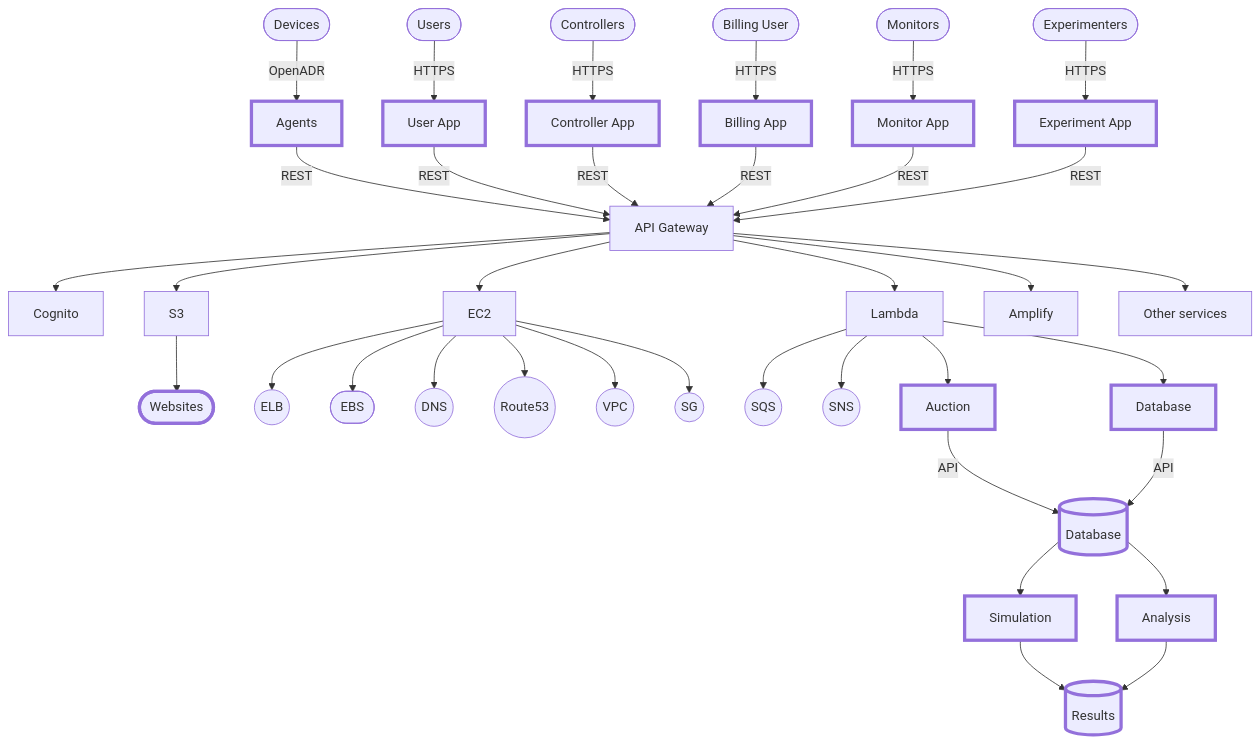
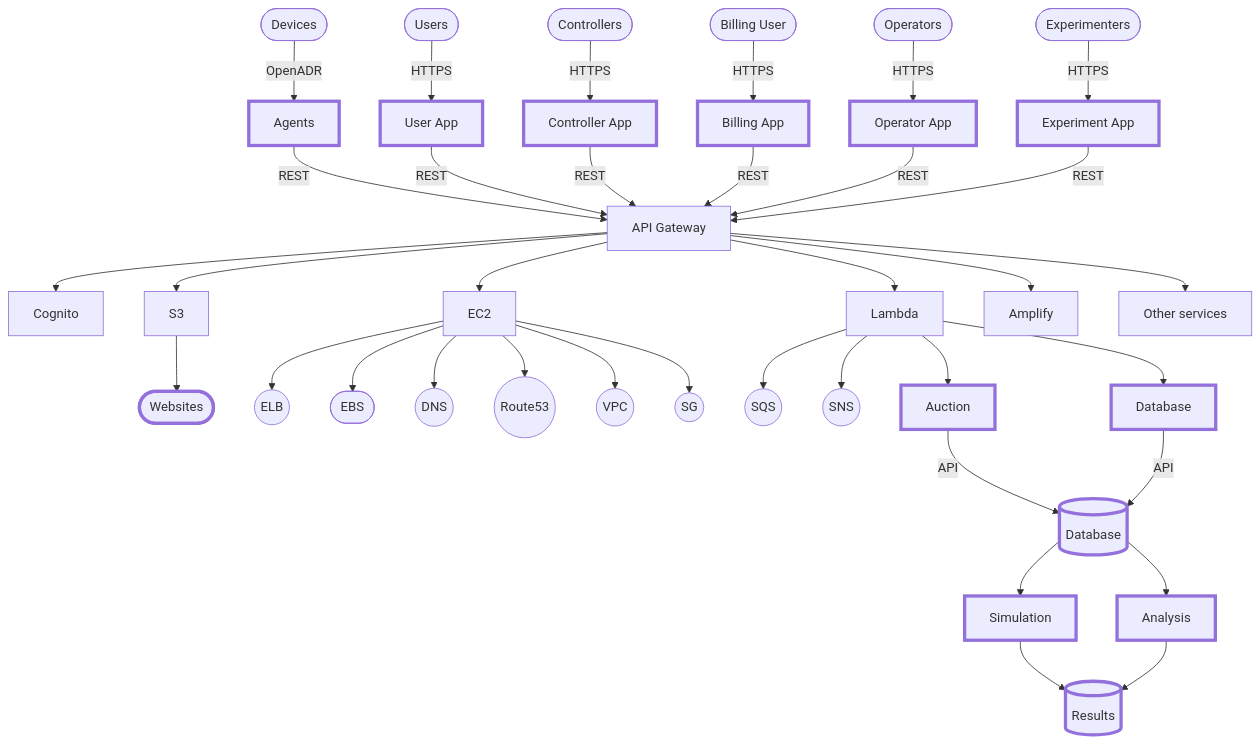
One commit to aivanova5/design changed the first of 2 diagrams in docs/README.md. Above: the diagram before and after it, drawn with Mermaid. The commit also changed other lines of this file, not shown here.

````diff
--- a/docs/README.md
+++ b/docs/README.md
@@ -2,61 +2,61 @@
 ```mermaid
 flowchart TD
   
   classDef active stroke-width:4px;
 
   devices([Devices]) --OpenADR--> agents  
   agents[Agents]:::active --REST--> gateway[API Gateway]
       click agents "https://github.com/postroad-energy/design/blob/main/docs/agents.md" _blank
 
   users([Users]) --HTTPS--> user_app[User App]:::active --REST--> gateway
       click user_app "https://github.com/postroad-energy/design/blob/main/docs/users.md" _blank
 
   controllers([Controllers]) --HTTPS--> controller_app[Controller App]:::active --REST--> gateway
       click controller_app "https://github.com/postroad-energy/design/blob/main/docs/controllers.md" _blank
 
   billing([Billing User]) --HTTPS--> billing_app[Billing App]:::active --REST--> gateway
       click billing_app "https://github.com/postroad-energy/design/blob/main/docs/billing.md" _blank
 
-  monitors([Monitors]) --HTTPS--> monitor_app[Monitor App]:::active --REST--> gateway
-      click monitor_app "https://github.com/postroad-energy/design/blob/main/docs/monitors.md" _blank
+  operators([Operators]) --HTTPS--> operator_app[Operator App]:::active --REST--> gateway
+      click operator_app "https://github.com/postroad-energy/design/blob/main/docs/oeprators.md" _blank
 
   experiment([Experimenters]) --HTTPS--> experiment_app[Experiment App]:::active --REST--> gateway
       click experiment_app "https://github.com/postroad-energy/design/blob/main/docs/experimenters.md" _blank
 
   gateway --> auth[Cognito]
   
   gateway --> s3[S3]
     s3 --> websites([Websites]):::active
       click websites "https://github.com/postroad-energy/design/blob/main/docs/websites.md" _blank
   
   gateway --> ec2[EC2]
     ec2 --> elb((ELB))
     ec2 --> ebs([EBS])
     ec2 --> dns((DNS))
     ec2 --> route53((Route53))
     ec2 --> vpc((VPC))
     ec2 --> sg((SG))
   
   gateway --> lambda[Lambda]
     lambda --> sqs((SQS))
     lambda --> sns((SNS))
     lambda --> auction[Auction]:::active
       click auction "https://github.com/postroad-energy/design/blob/main/docs/auction.md" _blank
       auction --API--> database  
     lambda --> db_api[Database]:::active
       click db_api "https://github.com/postroad-energy/design/blob/main/docs/database.md" _blank
       db_api --API--> database[(Database)]:::active
       click database "https://github.com/postroad-energy/design/blob/main/docs/database.md" _blank
       
   gateway --> amplify[Amplify]
   
   gateway --> other[Other services]
   
   database --> simulation[Simulation]:::active --> results[(Results)]:::active
     click simulation "https://github.com/postroad-energy/design/blob/main/docs/simulation.md" _blank
     click results "https://github.com/postroad-energy/design/blob/main/docs/results.md" _blank
   
   database --> analysis[Analysis]:::active --> results
     click analysis "https://github.com/postroad-energy/design/blob/main/docs/analysis.md" _blank
     
 ```
````
